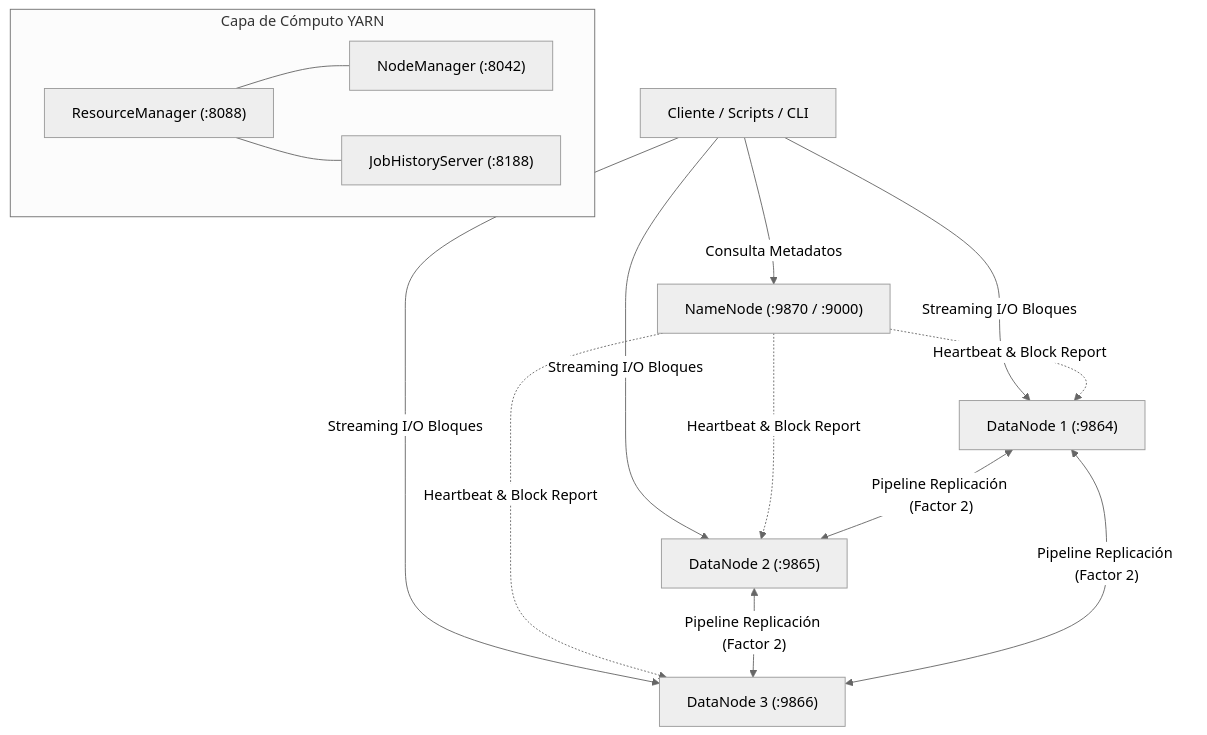
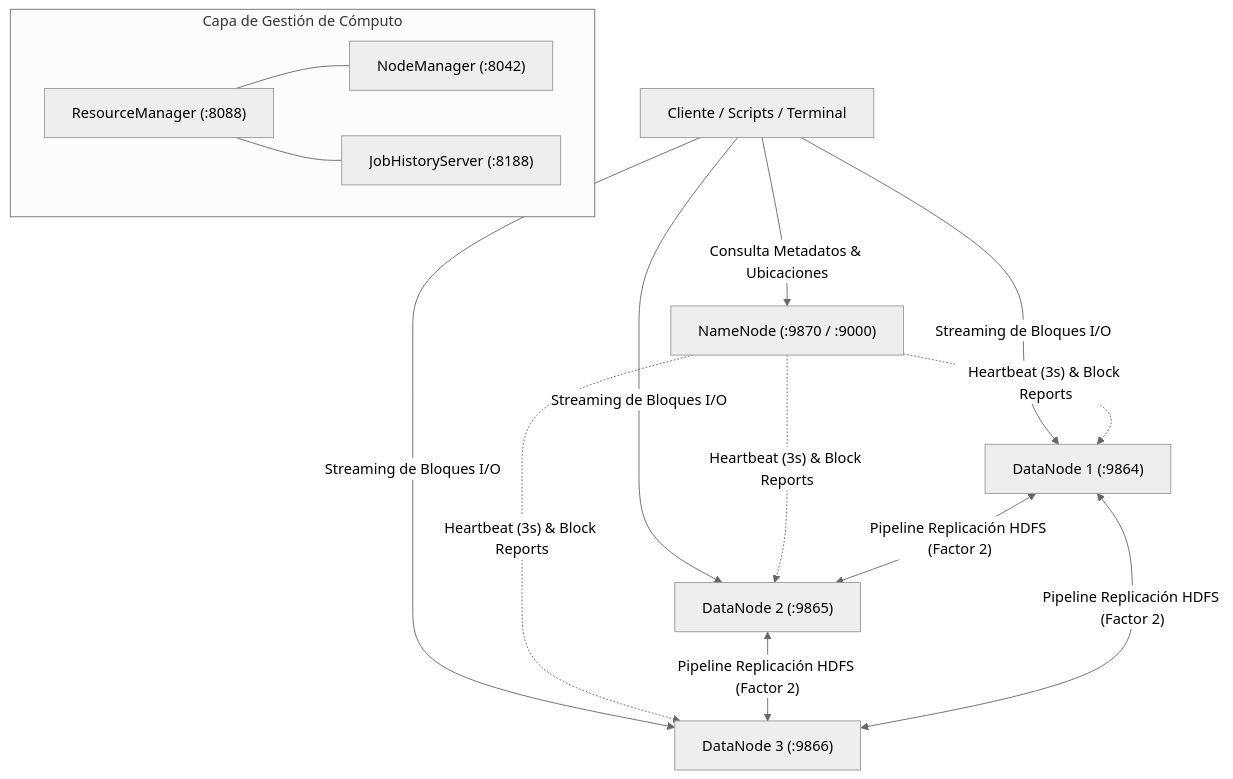
One commit to Rom05-univalle/bigdata-grupo-04 changed the diagram in README.md. Above: the diagram before and after it, drawn with Mermaid (neutral theme). The commit also changed other lines of this file, not shown here.

````diff
--- a/README.md
+++ b/README.md
@@ -20,23 +40,23 @@
 ```mermaid
 flowchart TD
-    Client["Cliente / Scripts / CLI"] -->|"Consulta Metadatos"| NN["NameNode (:9870 / :9000)"]
-    Client -->|"Streaming I/O Bloques"| DN1["DataNode 1 (:9864)"]
-    Client -->|"Streaming I/O Bloques"| DN2["DataNode 2 (:9865)"]
-    Client -->|"Streaming I/O Bloques"| DN3["DataNode 3 (:9866)"]
+    Client["Cliente / Scripts / Terminal"] -->|"Consulta Metadatos & Ubicaciones"| NN["NameNode (:9870 / :9000)"]
+    Client -->|"Streaming de Bloques I/O"| DN1["DataNode 1 (:9864)"]
+    Client -->|"Streaming de Bloques I/O"| DN2["DataNode 2 (:9865)"]
+    Client -->|"Streaming de Bloques I/O"| DN3["DataNode 3 (:9866)"]
     
-    NN -.->|"Heartbeat & Block Report"| DN1
-    NN -.->|"Heartbeat & Block Report"| DN2
-    NN -.->|"Heartbeat & Block Report"| DN3
+    NN -.->|"Heartbeat (3s) & Block Reports"| DN1
+    NN -.->|"Heartbeat (3s) & Block Reports"| DN2
+    NN -.->|"Heartbeat (3s) & Block Reports"| DN3
 
-    DN1 <-->|"Pipeline Replicación (Factor 2)"| DN2
-    DN2 <-->|"Pipeline Replicación (Factor 2)"| DN3
-    DN3 <-->|"Pipeline Replicación (Factor 2)"| DN1
+    DN1 <-->|"Pipeline Replicación HDFS (Factor 2)"| DN2
+    DN2 <-->|"Pipeline Replicación HDFS (Factor 2)"| DN3
+    DN3 <-->|"Pipeline Replicación HDFS (Factor 2)"| DN1
 
-    subgraph YARN["Capa de Cómputo YARN"]
+    subgraph YARN["Capa de Gestión de Cómputo"]
         RM["ResourceManager (:8088)"]
         NM["NodeManager (:8042)"]
         JHS["JobHistoryServer (:8188)"]
         RM --- NM
         RM --- JHS
     end
 ```
````
